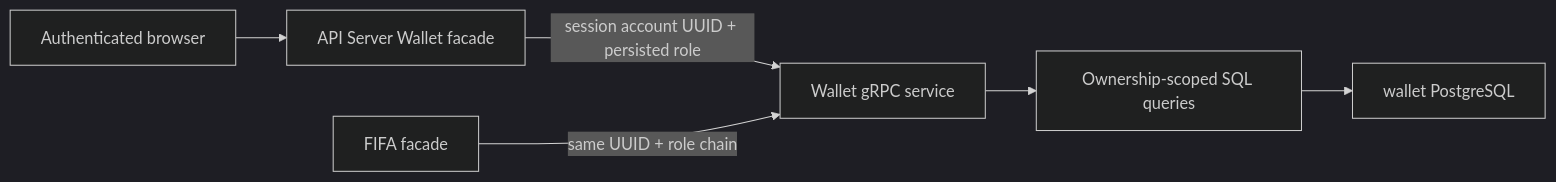
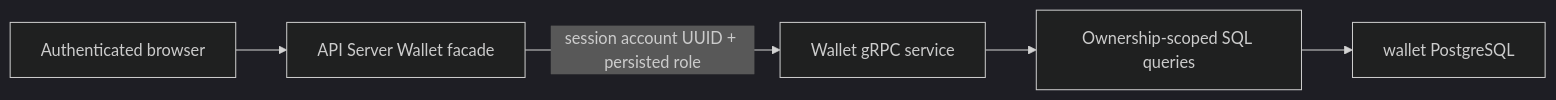
The diagram in docs/design/identity-access/wallet-ownership.md (useryege/athena-o), drawn with Mermaid (dark theme) before and after one commit. The commit also changed other lines of this file and 77 other files, not shown here.

````diff
--- a/docs/design/identity-access/wallet-ownership.md
+++ b/docs/design/identity-access/wallet-ownership.md
@@ -37,8 +36,7 @@
 ```mermaid
 flowchart LR
     B["Authenticated browser"] --> A["API Server Wallet facade"]
     A -->|"session account UUID + persisted role"| W["Wallet gRPC service"]
-    F["FIFA facade"] -->|"same UUID + role chain"| W
     W --> Q["Ownership-scoped SQL queries"]
     Q --> D["wallet PostgreSQL"]
 ```
````
